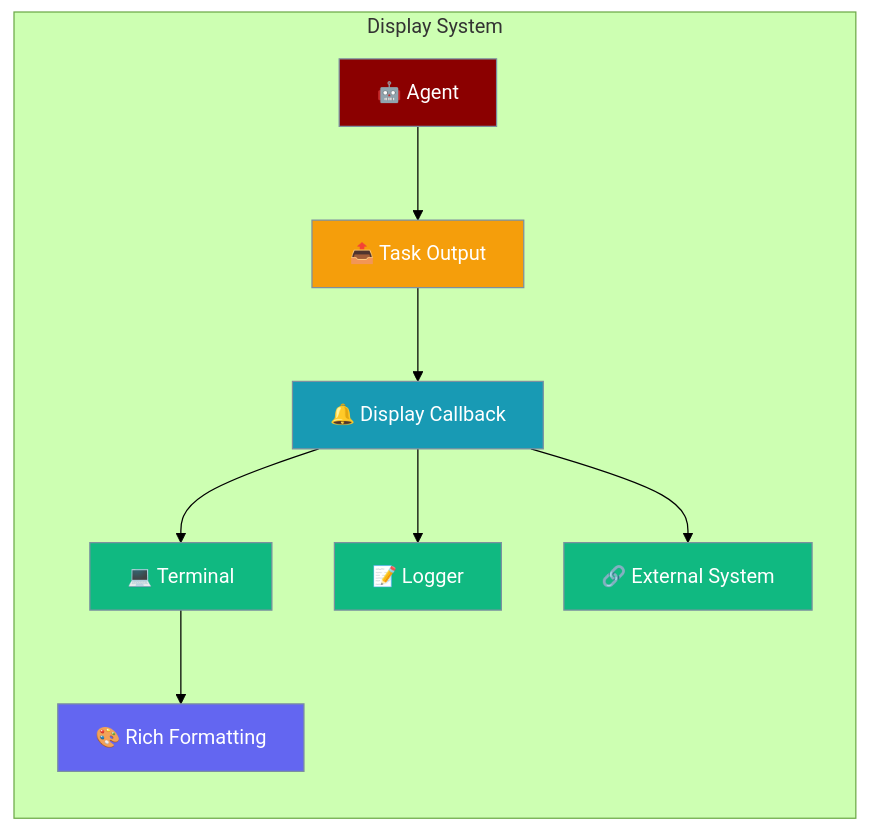
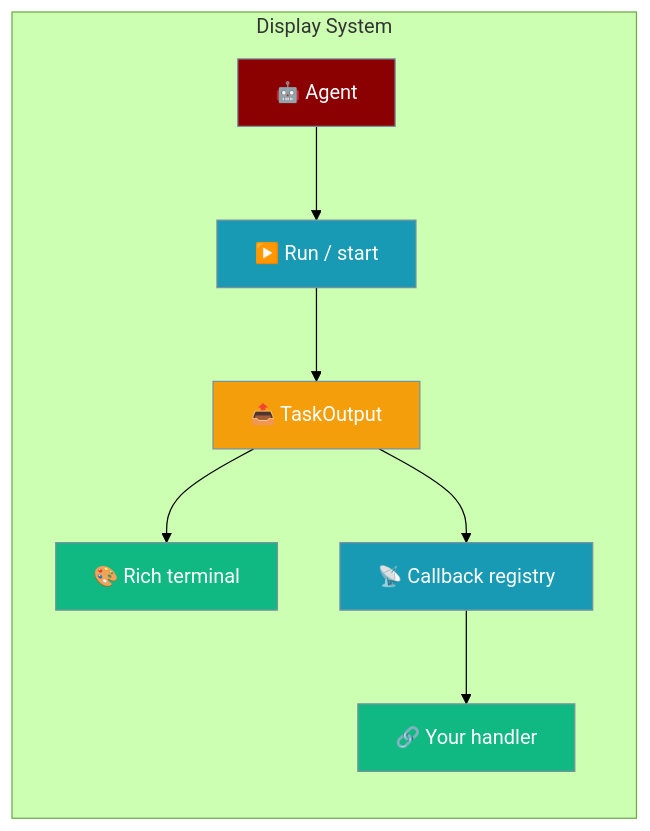
Before and after one commit to MervinPraison/PraisonAIDocs: the diagram in docs/features/display-system.mdx, drawn with Mermaid (forest theme). The commit also changed other lines of this file and 4 other files, not shown here.

````diff
--- a/docs/features/display-system.mdx
+++ b/docs/features/display-system.mdx
@@ -9,23 +10,20 @@
 ```mermaid
 graph LR
     subgraph "Display System"
-        Agent[🤖 Agent] --> Output[📤 Task Output]
-        Output --> Callback[🔔 Display Callback]
-        Callback --> Terminal[💻 Terminal]
-        Callback --> Logger[📝 Logger]
-        Callback --> External[🔗 External System]
-        Terminal --> Rich[🎨 Rich Formatting]
+        Agent[🤖 Agent] --> Run[▶️ Run / start]
+        Run --> Output[📤 TaskOutput]
+        Output --> Rich[🎨 Rich terminal]
+        Output --> Reg[📡 Callback registry]
+        Reg --> Custom[🔗 Your handler]
     end
 
     classDef agent fill:#8B0000,stroke:#7C90A0,color:#fff
+    classDef process fill:#189AB4,stroke:#7C90A0,color:#fff
     classDef output fill:#F59E0B,stroke:#7C90A0,color:#fff
-    classDef callback fill:#189AB4,stroke:#7C90A0,color:#fff
     classDef dest fill:#10B981,stroke:#7C90A0,color:#fff
-    classDef format fill:#6366F1,stroke:#7C90A0,color:#fff
 
     class Agent agent
+    class Run,Reg process
     class Output output
-    class Callback callback
-    class Terminal,Logger,External dest
-    class Rich format
+    class Rich,Custom dest
 ```
````
